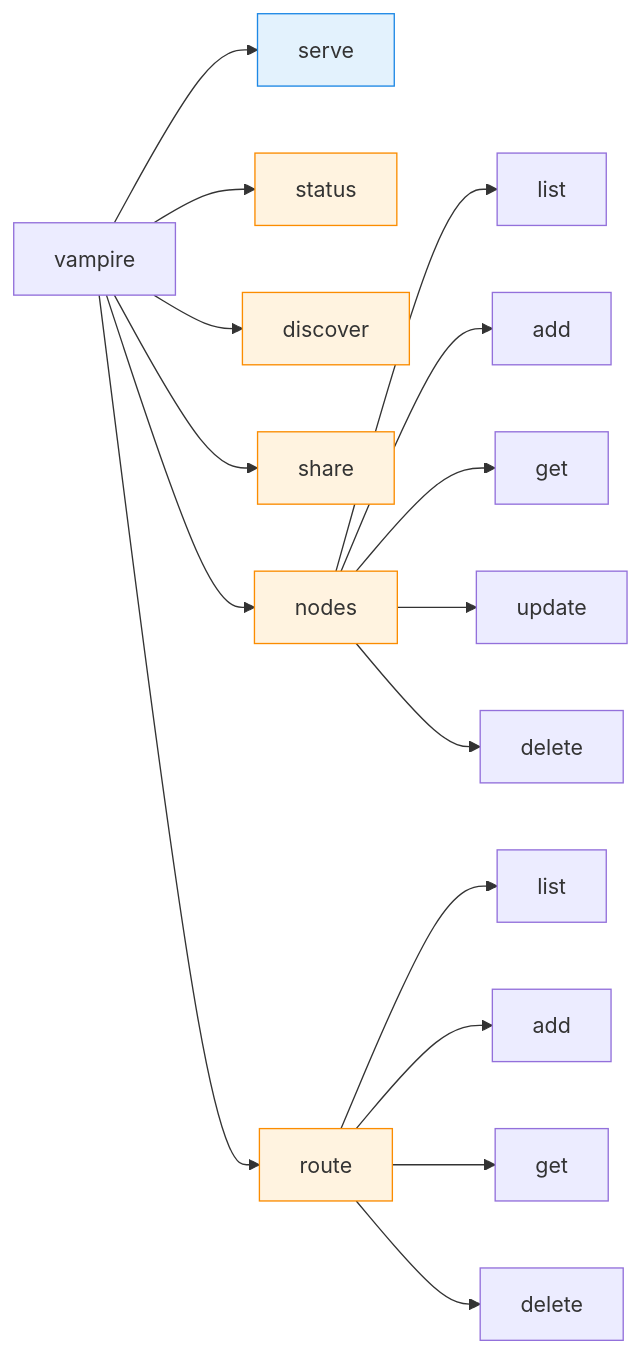
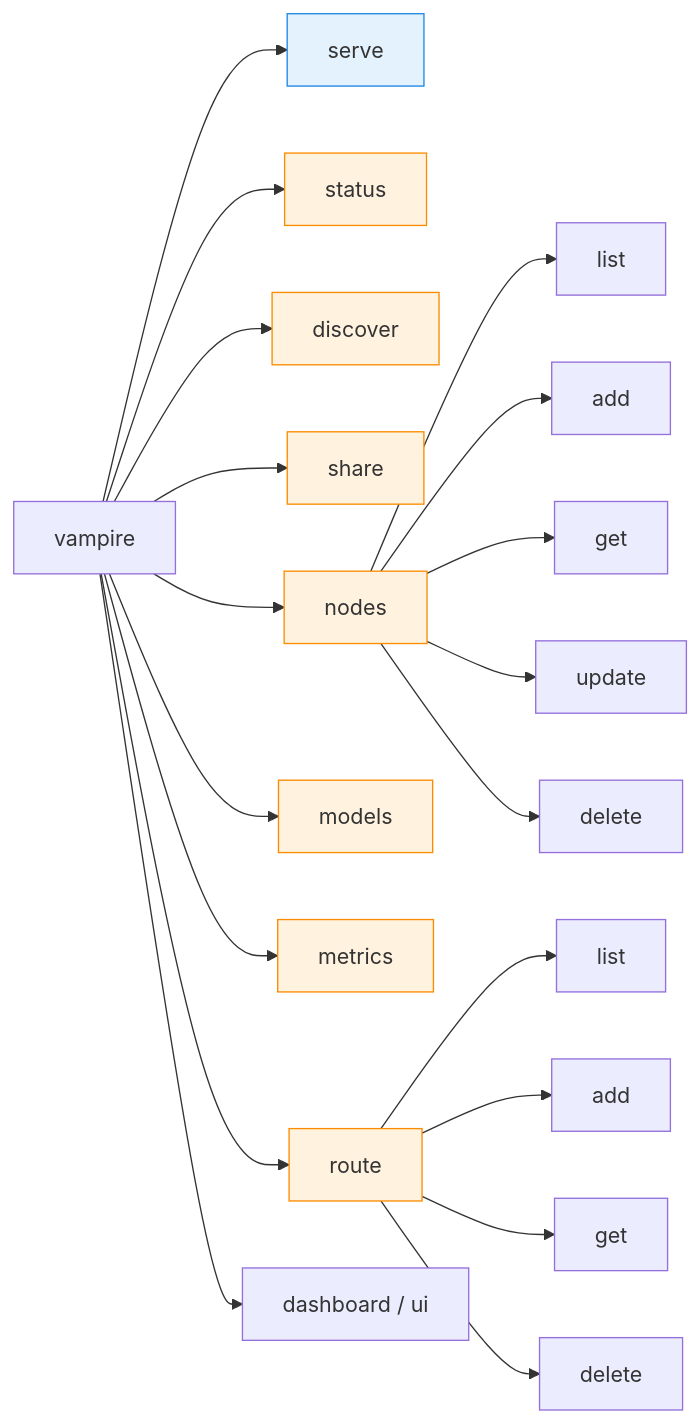
Before and after one commit to japer-technology/llm-vampire: the first of 2 diagrams in docs/manual/05-cli-reference.md, drawn with Mermaid. The commit also changed other lines of this file and 6 other files, not shown here.

````diff
--- a/docs/manual/05-cli-reference.md
+++ b/docs/manual/05-cli-reference.md
@@ -9,25 +9,28 @@
 ```mermaid
 flowchart LR
     root["vampire"] --> serve["serve"]
     root --> status["status"]
     root --> discover["discover"]
     root --> share["share"]
     root --> nodes["nodes"]
+    root --> models["models"]
+    root --> metrics["metrics"]
     root --> route["route"]
+    root --> dashboard["dashboard / ui"]
 
     nodes --> n_list["list"]
     nodes --> n_add["add"]
     nodes --> n_get["get"]
     nodes --> n_update["update"]
     nodes --> n_delete["delete"]
 
     route --> r_list["list"]
     route --> r_add["add"]
     route --> r_get["get"]
     route --> r_delete["delete"]
 
     classDef local fill:#e3f2fd,stroke:#1e88e5;
     classDef remote fill:#fff3e0,stroke:#fb8c00;
     class serve local;
-    class status,discover,share,nodes,route remote;
+    class status,discover,share,nodes,models,metrics,route remote;
 ```
````
